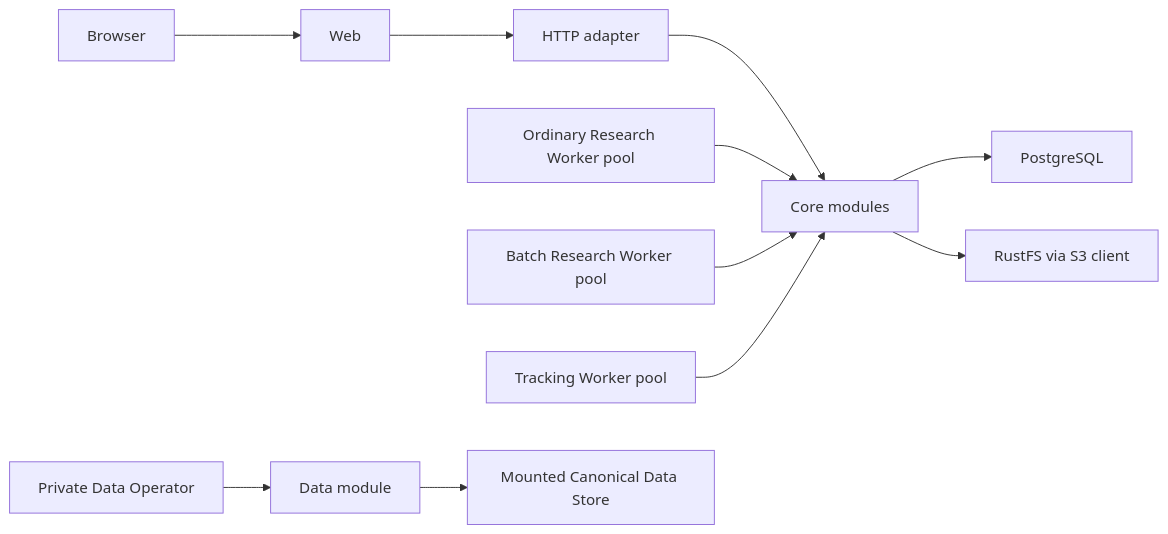
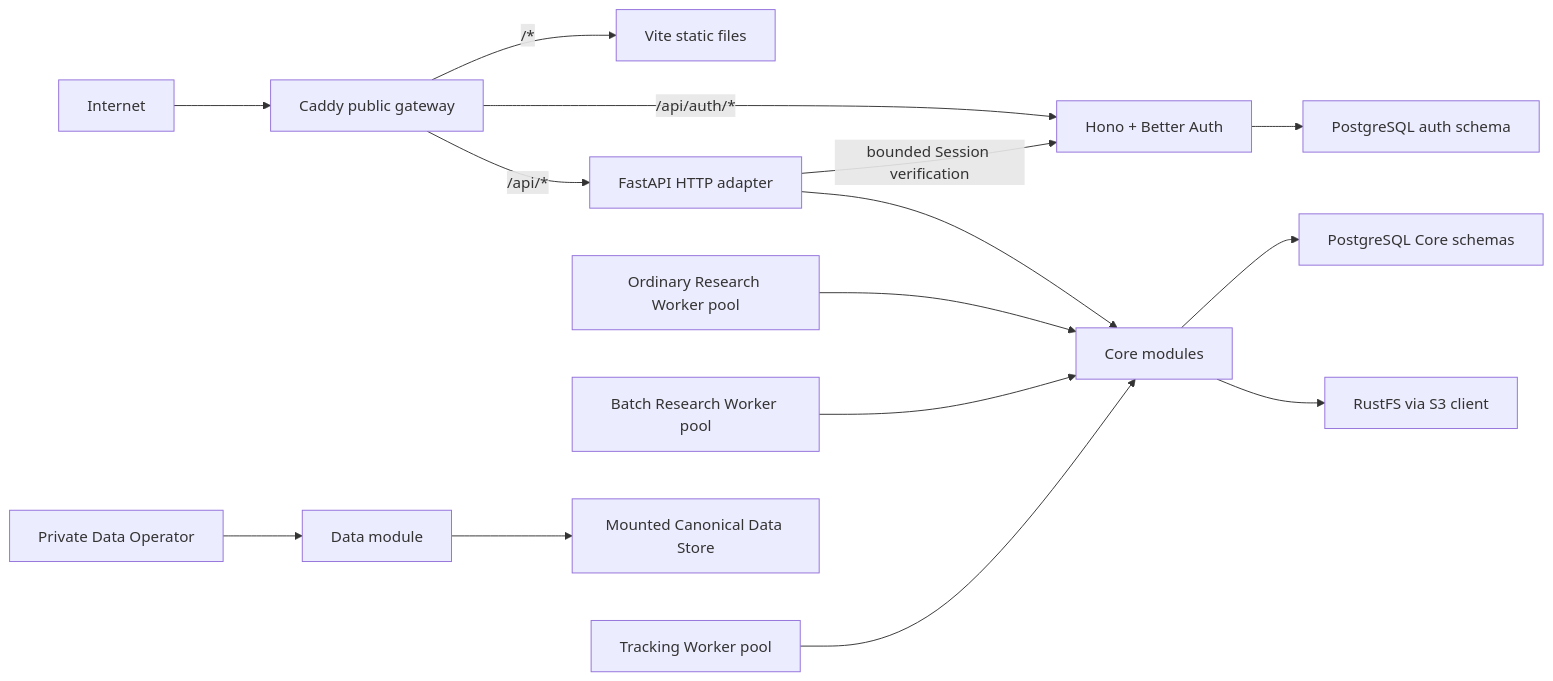
Before and after one commit to humeo/thesistrace: the first of 2 diagrams in docs/architecture/core.md, drawn with Mermaid. The commit also changed other lines of this file and 10 other files, not shown here.

Commit message:
docs(auth): define multi-user access architecture

````diff
--- a/docs/architecture/core.md
+++ b/docs/architecture/core.md
@@ -43,13 +54,17 @@
 ```mermaid
 flowchart LR
-    B["Browser"] --> W["Web"]
-    W --> H["HTTP adapter"]
+    I["Internet"] --> C["Caddy public gateway"]
+    C -->|"/*"| W["Vite static files"]
+    C -->|"/api/auth/*"| A["Hono + Better Auth"]
+    C -->|"/api/*"| H["FastAPI HTTP adapter"]
+    H -->|"bounded Session verification"| A
     H --> M["Core modules"]
     R["Ordinary Research Worker pool"] --> M
     Q["Batch Research Worker pool"] --> M
     T["Tracking Worker pool"] --> M
     O["Private Data Operator"] --> D["Data module"]
-    M --> P["PostgreSQL"]
+    M --> P["PostgreSQL Core schemas"]
+    A --> X["PostgreSQL auth schema"]
     M --> S["RustFS via S3 client"]
     D --> F["Mounted Canonical Data Store"]
 ```
````
